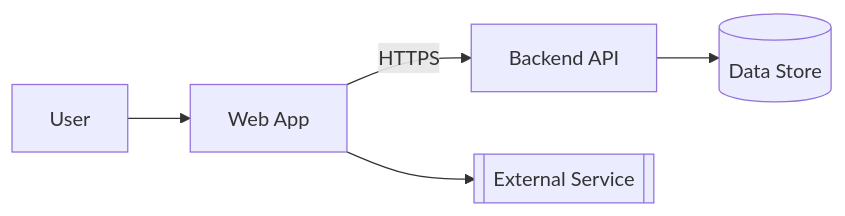
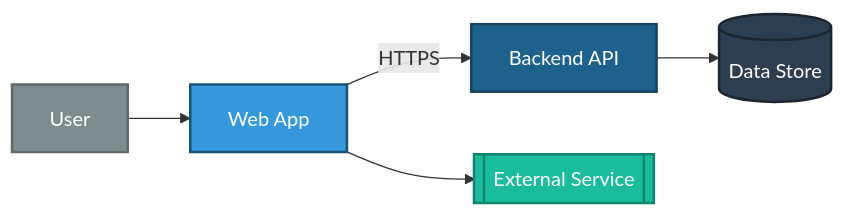
One commit to vickysrawat/AI-Assisted-development changed the first of 2 diagrams in skills/architect/templates/angular-standard/architecture.md. Above: the diagram before and after it, drawn with Mermaid. The commit also changed other lines of this file and 114 other files, not shown here.

````diff
--- a/skills/architect/templates/angular-standard/architecture.md
+++ b/skills/architect/templates/angular-standard/architecture.md
@@ -23,7 +25,12 @@
 ```mermaid
 flowchart LR
     User --> SPA[Web App]
     SPA -->|HTTPS| API[Backend API]
     API --> DB[(Data Store)]
     SPA --> Ext[[External Service]]
+    style User fill:#7F8C8D,color:#ffffff,stroke:#616A6B,stroke-width:2px
+    style SPA fill:#3498DB,color:#ffffff,stroke:#1a5276,stroke-width:2px
+    style API fill:#1F618D,color:#ffffff,stroke:#154360,stroke-width:2px
+    style DB fill:#2C3E50,color:#ffffff,stroke:#1a252f,stroke-width:2px
+    style Ext fill:#1ABC9C,color:#ffffff,stroke:#0E8472,stroke-width:2px
 ```
````
